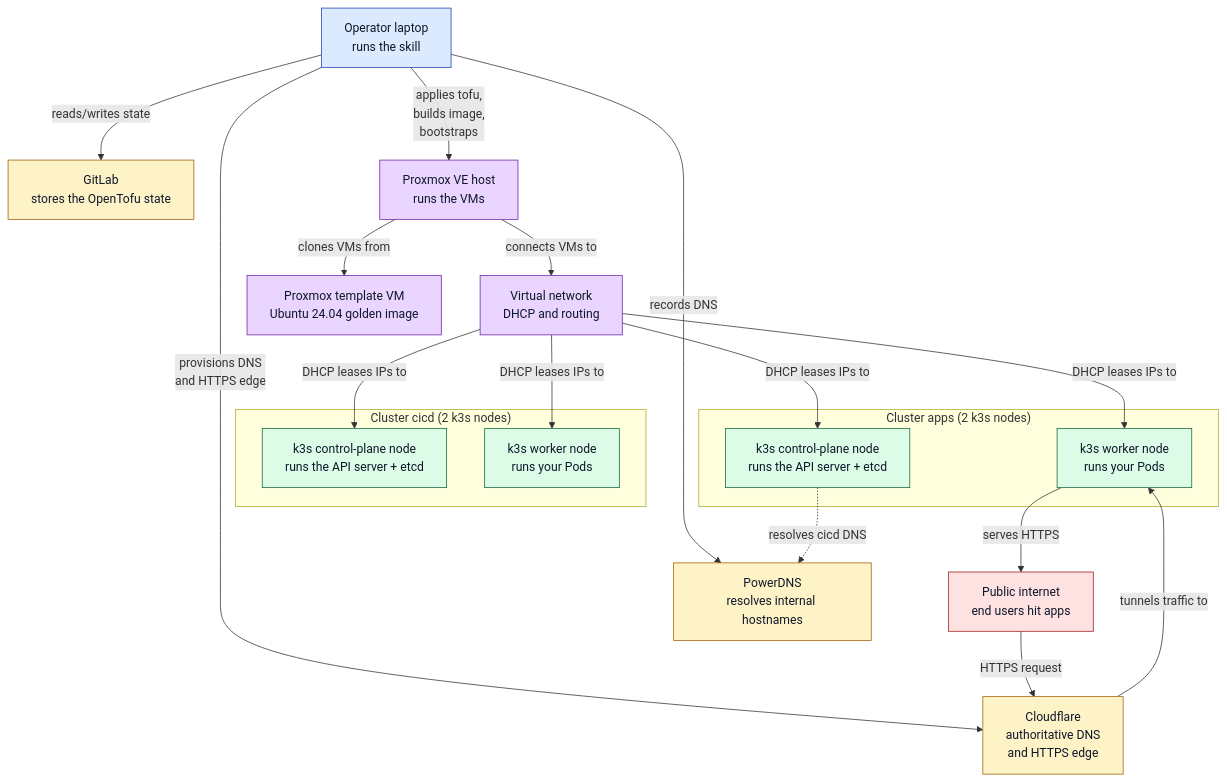
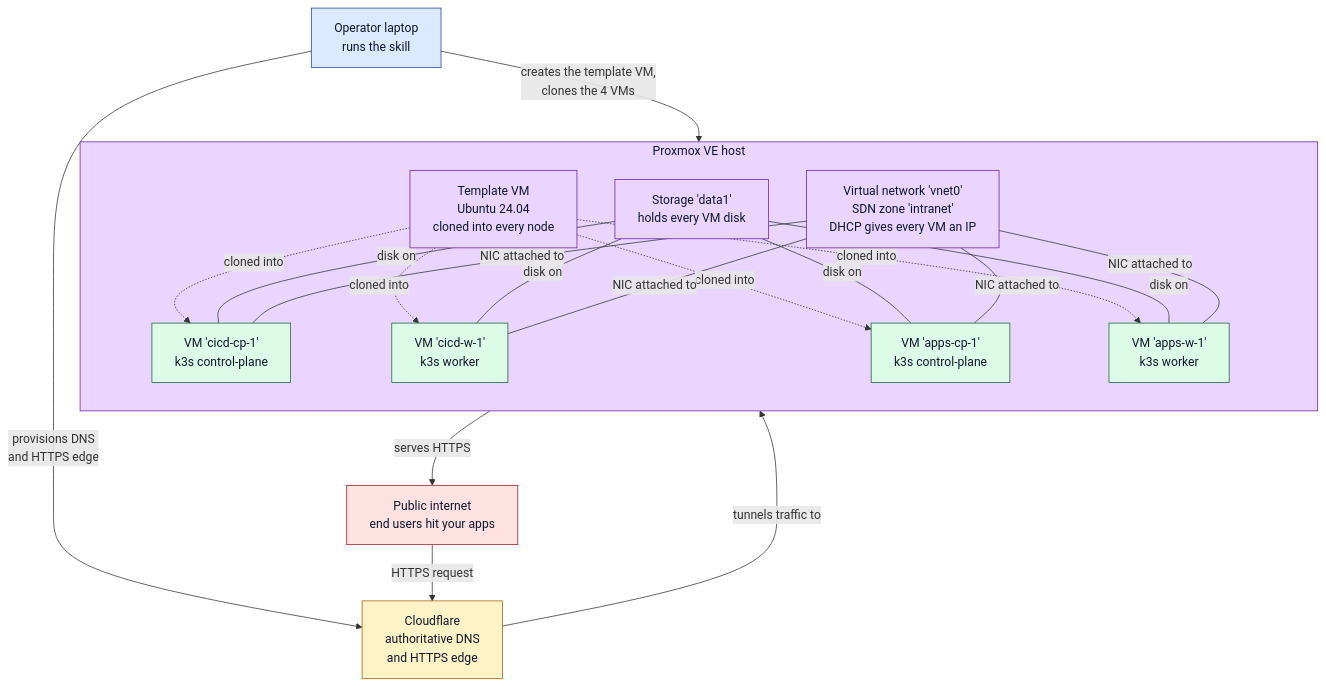
Before and after one commit to bruj0/proxmox-k8s-cicd: the diagram in README.md, drawn with Mermaid.

Commit message:
docs(readme): show diagram from the Proxmox admin's point of view
Restructure the architecture diagram around the three things a
Proxmox admin actually thinks about: VMs, storage, and virtual
networks. Everything else is annotation.

The Proxmox VE host is now a subgraph containing the three Proxmox
primitives (Template VM, Storage 'data1', Virtual network 'vnet0')
plus the four cloned VMs. Edges mirror what the Proxmox UI shows:

  - Template VM -. "cloned into" .-> VM  (template workflow)
  - Storage    --- "disk on"       --- VM
  - SDN        --- "NIC attached to" --- VM

The k3s role of each VM (control-plane / worker) stays as a
sub-label under the VM name, so the diagram is still useful to a
k8s reader without driving the layout from k8s concepts.

Cloudflare and Public internet remain outside the host, showing
only the egress path (no inbound port on the Proxmox host).

Validated with mmdc (49 KB transparent PNG, clean render from the
actual README.md content).

````diff
--- a/README.md
+++ b/README.md
@@ -8,51 +8,51 @@
 ```mermaid
 flowchart TB
   Operator["Operator laptop<br/>runs the skill"]
-  Internet["Public internet<br/>end users hit apps"]
+  Internet["Public internet<br/>end users hit your apps"]
   CF["Cloudflare<br/>authoritative DNS<br/>and HTTPS edge"]
-  GitLab["GitLab<br/>stores the OpenTofu state"]
-  PDNS["PowerDNS<br/>resolves internal hostnames"]
-  PVE["Proxmox VE host<br/>runs the VMs"]
-  SDN["Virtual network<br/>DHCP and routing"]
-  Template["Proxmox template VM<br/>Ubuntu 24.04 golden image"]
 
-  subgraph CICD["Cluster cicd (2 k3s nodes)"]
-    CicdCp["k3s control-plane node<br/>runs the API server + etcd"]
-    CicdW["k3s worker node<br/>runs your Pods"]
+  subgraph PVE["Proxmox VE host"]
+    direction TB
+    Storage["Storage 'data1'<br/>holds every VM disk"]
+    Template["Template VM<br/>Ubuntu 24.04<br/>cloned into every node"]
+    SDN["Virtual network 'vnet0'<br/>SDN zone 'intranet'<br/>DHCP gives every VM an IP"]
+    VMcicdcp["VM 'cicd-cp-1'<br/>k3s control-plane"]
+    VMcicdw["VM 'cicd-w-1'<br/>k3s worker"]
+    VMappscp["VM 'apps-cp-1'<br/>k3s control-plane"]
+    VMappsw["VM 'apps-w-1'<br/>k3s worker"]
   end
 
-  subgraph APPS["Cluster apps (2 k3s nodes)"]
-    AppsCp["k3s control-plane node<br/>runs the API server + etcd"]
-    AppsW["k3s worker node<br/>runs your Pods"]
-  end
-
-  Operator -->|"applies tofu,<br/>builds image,<br/>bootstraps"| PVE
-  Operator -->|"reads/writes state"| GitLab
-  Operator -->|"records DNS"| PDNS
+  Operator -->|"creates the template VM,<br/>clones the 4 VMs"| PVE
   Operator -->|"provisions DNS<br/>and HTTPS edge"| CF
 
-  PVE -->|"clones VMs from"| Template
-  PVE -->|"connects VMs to"| SDN
-  SDN -->|"DHCP leases IPs to"| CicdCp
-  SDN -->|"DHCP leases IPs to"| CicdW
-  SDN -->|"DHCP leases IPs to"| AppsCp
-  SDN -->|"DHCP leases IPs to"| AppsW
+  Template -. "cloned into" .-> VMcicdcp
+  Template -. "cloned into" .-> VMcicdw
+  Template -. "cloned into" .-> VMappscp
+  Template -. "cloned into" .-> VMappsw
 
-  AppsCp -. "resolves cicd DNS" .-> PDNS
+  Storage ---|"disk on"| VMcicdcp
+  Storage ---|"disk on"| VMcicdw
+  Storage ---|"disk on"| VMappscp
+  Storage ---|"disk on"| VMappsw
 
-  AppsW -->|"serves HTTPS"| Internet
-  CF -->|"tunnels traffic to"| AppsW
+  SDN ---|"NIC attached to"| VMcicdcp
+  SDN ---|"NIC attached to"| VMcicdw
+  SDN ---|"NIC attached to"| VMappscp
+  SDN ---|"NIC attached to"| VMappsw
+
+  VMappsw -->|"serves HTTPS"| Internet
+  CF -->|"tunnels traffic to"| VMappsw
   Internet -->|"HTTPS request"| CF
 
   classDef operator fill:#dbeafe,stroke:#1e40af,color:#0f172a
   classDef external fill:#fef3c7,stroke:#a16207,color:#0f172a
   classDef pve fill:#e9d5ff,stroke:#6b21a8,color:#0f172a
-  classDef cp fill:#dcfce7,stroke:#166534,color:#0f172a
+  classDef vm fill:#dcfce7,stroke:#166534,color:#0f172a
   classDef internet fill:#fee2e2,stroke:#991b1b,color:#0f172a
 
   class Operator operator
-  class CF,GitLab,PDNS external
-  class PVE,SDN,Template pve
-  class CicdCp,CicdW,AppsCp,AppsW cp
+  class CF external
+  class PVE,Storage,Template,SDN pve
+  class VMcicdcp,VMcicdw,VMappscp,VMappsw vm
   class Internet internet
 ```
````
